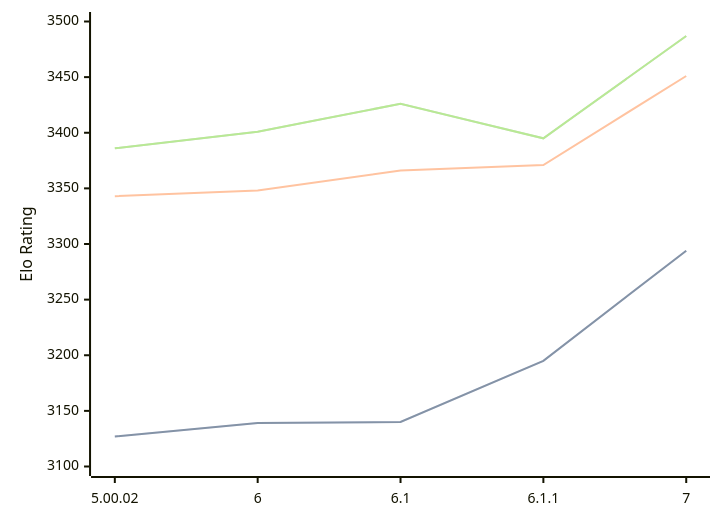
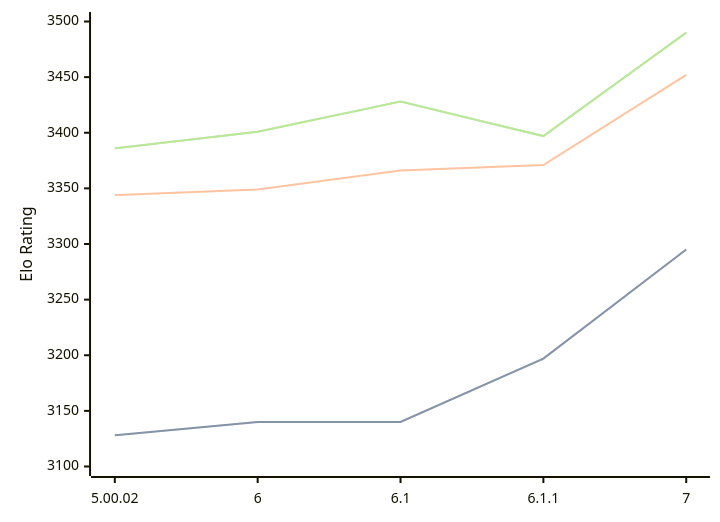
Before and after one commit to computer-chess-index/cci: the diagram in engines/Zangdar.md, drawn with Mermaid. The commit also changed other lines of this file, not shown here.

Commit message:
Update CCI Ratings (ELO VLTC) - 2026-08-19

````diff
--- a/engines/Zangdar.md
+++ b/engines/Zangdar.md
@@ -35,11 +35,11 @@
 ```mermaid
 %%{init: {"theme":"base","themeVariables":{"seriesColors:['#a3a3a3','#222221','#faa371']}}}%%
 xychart-beta
   x-axis ["5.00.02", "6", "6.1", "6.1.1", "7"]
   y-axis "Elo Rating" 3100 --> 3500
-  line "STC (8.0+0.08s)" [3127, 3139, 3140, 3195, 3294]
-  line "STC (8.0+0.08s)" [3127, 3139, 3140, 3195, 3294]
-  line "LTC (60.0+0.60s)" [3343, 3348, 3366, 3371, 3451]
-  line "VLTC (2m24s+1.12s)" [3386, 3401, 3426, 3395, 3487]
-  line "VLTC (2m24s+1.12s)" [3386, 3401, 3426, 3395, 3487]
+  line "STC (8.0+0.08s)" [3128, 3140, 3140, 3197, 3295]
+  line "STC (8.0+0.08s)" [3128, 3140, 3140, 3197, 3295]
+  line "LTC (60.0+0.60s)" [3344, 3349, 3366, 3371, 3452]
+  line "VLTC (2m24s+1.12s)" [3386, 3401, 3428, 3397, 3490]
+  line "VLTC (2m24s+1.12s)" [3386, 3401, 3428, 3397, 3490]
 ```
````
